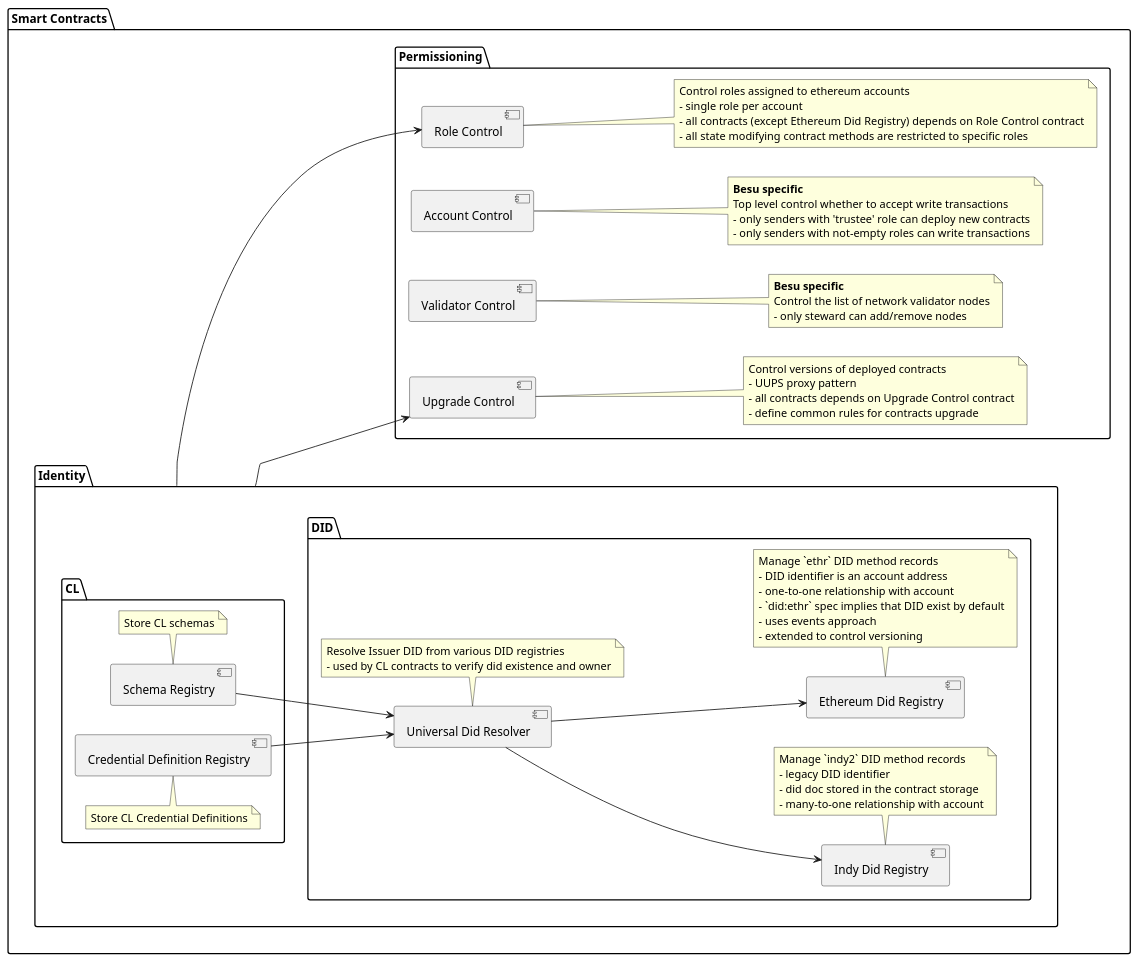
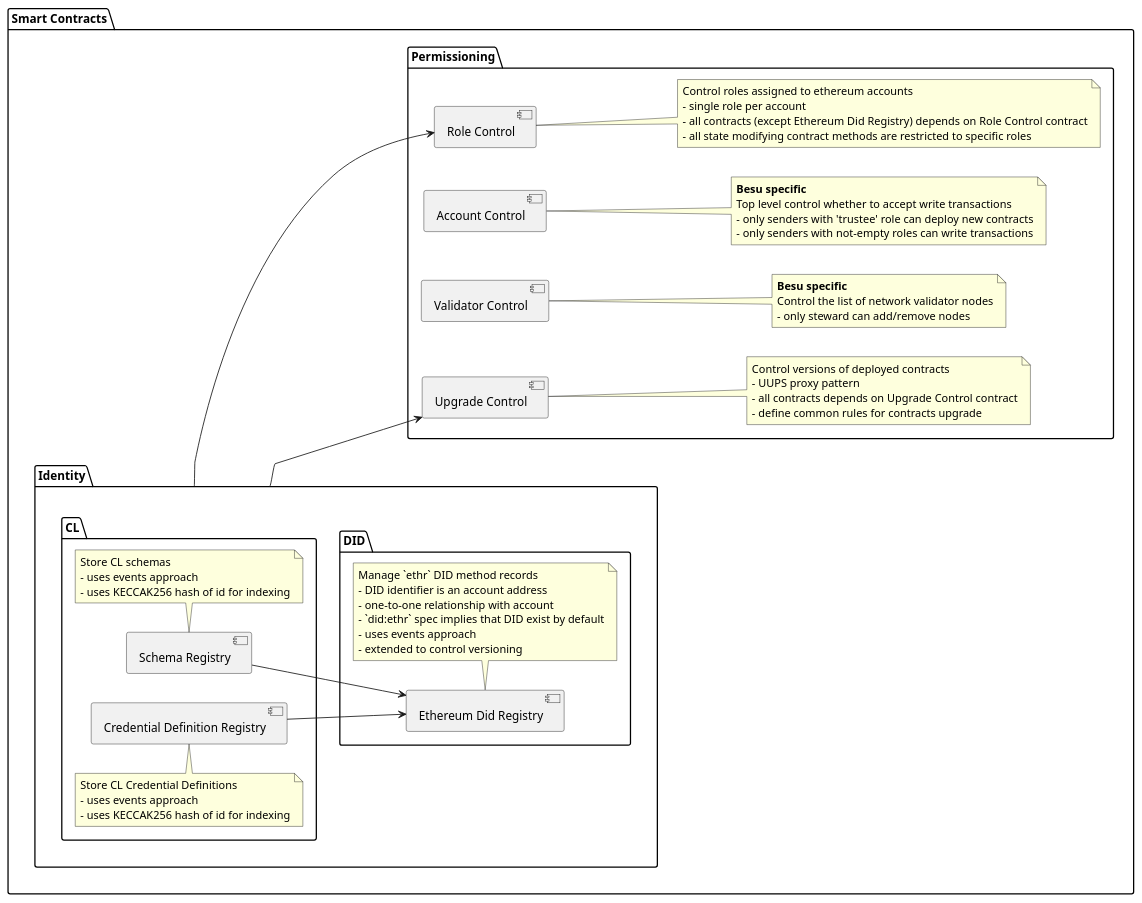
The diagram in docs/design/contracts.puml (hyperledger/indy-besu), drawn with PlantUML before and after one commit. The commit also changed 123 other files, not shown here.

First line of the commit message:
Updates CL contracts to use event based approach + Drop did:indy2 (#11)

```diff
--- a/docs/design/contracts.puml
+++ b/docs/design/contracts.puml
@@ -1,92 +1,80 @@
 @startuml
 
 left to right direction
 
 package "Smart Contracts" {
 
     package "Permissioning" {
 
         component [Role Control]
         note right of [Role Control]
           Control roles assigned to ethereum accounts
           - single role per account
           - all contracts (except Ethereum Did Registry) depends on Role Control contract
           - all state modifying contract methods are restricted to specific roles
         end note
 
         component [Account Control]
         note right of [Account Control]
           **Besu specific**
           Top level control whether to accept write transactions
           - only senders with 'trustee' role can deploy new contracts
           - only senders with not-empty roles can write transactions
         end note
 
         component [Validator Control]
         note right of [Validator Control]
           **Besu specific**
           Control the list of network validator nodes
           - only steward can add/remove nodes
         end note
 
         component [Upgrade Control]
         note right of [Upgrade Control]
           Control versions of deployed contracts
           - UUPS proxy pattern
           - all contracts depends on Upgrade Control contract
           - define common rules for contracts upgrade
         end note
     }
 
     package "Identity" {
 
        package "DID" {
 
-            component [Indy Did Registry]
-            note bottom of [Indy Did Registry]
-              Manage `indy2` DID method records
-              - legacy DID identifier
-              - did doc stored in the contract storage
-              - many-to-one relationship with account
-            end note
-
             component [Ethereum Did Registry]
             note bottom of [Ethereum Did Registry]
               Manage `ethr` DID method records
               - DID identifier is an account address
               - one-to-one relationship with account
               - `did:ethr` spec implies that DID exist by default
               - uses events approach
               - extended to control versioning
             end note
-
-            component [Universal Did Resolver]
-            note bottom of [Universal Did Resolver]
-              Resolve Issuer DID from various DID registries
-              - used by CL contracts to verify did existence and owner
-            end note
         }
 
         package "CL" {
 
             component [Schema Registry]
             note bottom of [Schema Registry]
               Store CL schemas
+              - uses events approach
+              - uses KECCAK256 hash of id for indexing
             end note
 
             component [Credential Definition Registry]
             note top of [Credential Definition Registry]
               Store CL Credential Definitions
+              - uses events approach
+              - uses KECCAK256 hash of id for indexing
             end note
         }
     }
 
     [Identity] --> [Role Control]
     [Identity] --> [Upgrade Control]
-    [Universal Did Resolver] --> [Indy Did Registry]
-    [Universal Did Resolver] --> [Ethereum Did Registry]
-    [Schema Registry] --> [Universal Did Resolver]
-    [Credential Definition Registry] --> [Universal Did Resolver]
+    [Schema Registry] --> [Ethereum Did Registry]
+    [Credential Definition Registry] --> [Ethereum Did Registry]
 }
 
 @enduml
```
